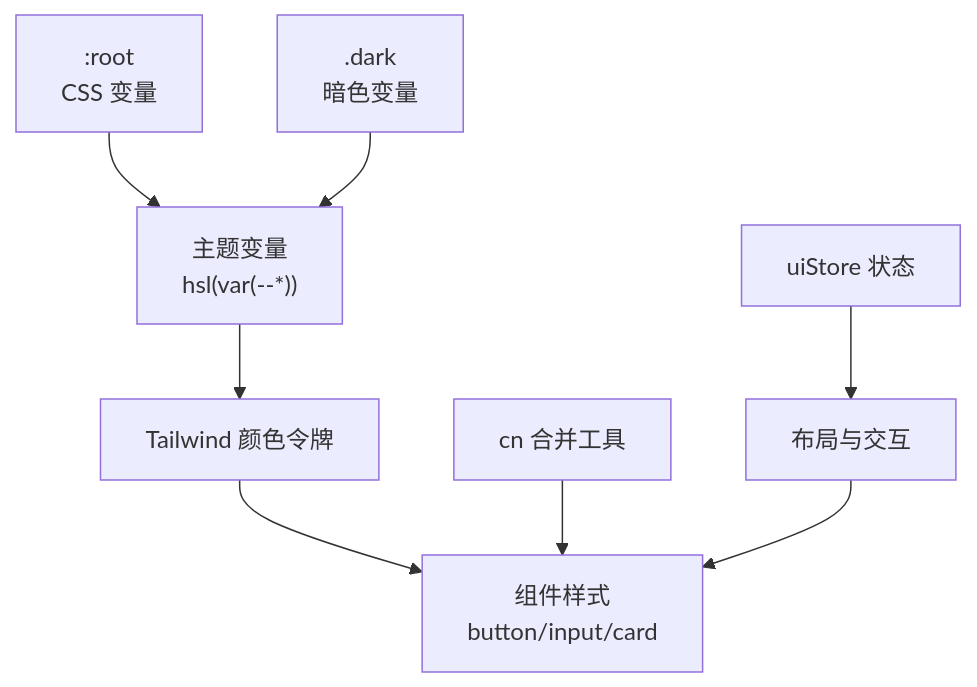
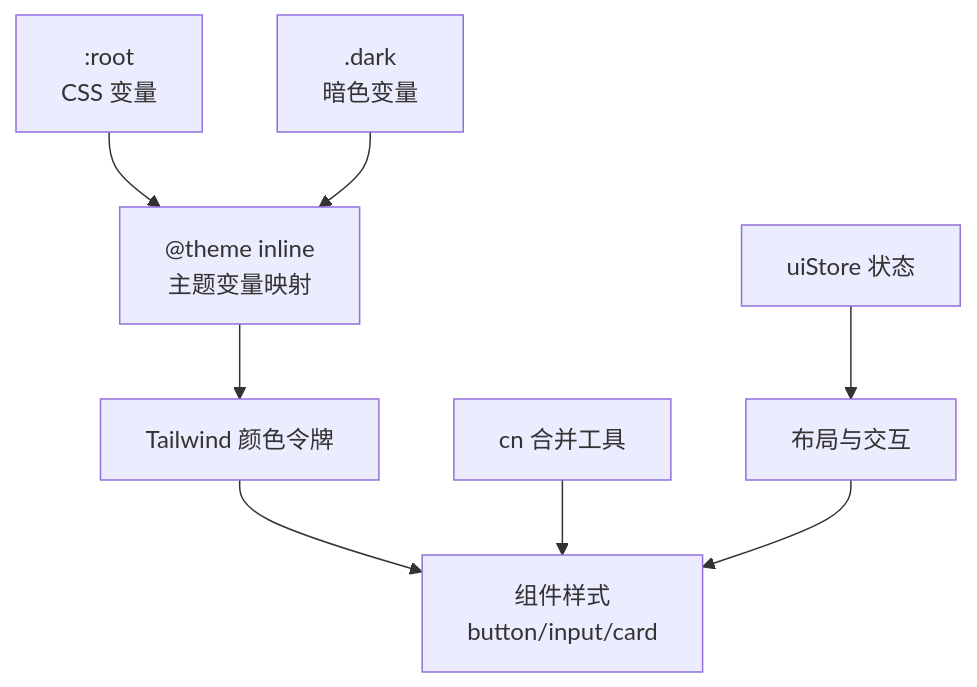
Before and after one commit to gujialind/InvestRing: the second of 3 diagrams in .qoder/repowiki/zh/content/前端应用架构/样式与主题系统.md, drawn with Mermaid. The commit also changed other lines of this file and 39 other files, not shown here.

````diff
--- a/.qoder/repowiki/zh/content/前端应用架构/样式与主题系统.md
+++ b/.qoder/repowiki/zh/content/前端应用架构/样式与主题系统.md
@@ -127,10 +138,10 @@
 ```mermaid
 graph TB
-ROOT[":root<br/>CSS 变量"] --> THEME["主题变量<br/>hsl(var(--*))"]
+ROOT[":root<br/>CSS 变量"] --> THEME["@theme inline<br/>主题变量映射"]
 DARK[".dark<br/>暗色变量"] --> THEME
 THEME --> TWTOKEN["Tailwind 颜色令牌"]
 TWTOKEN --> COMPONENT["组件样式<br/>button/input/card"]
 UTIL["cn 合并工具"] --> COMPONENT
 STORE["uiStore 状态"] --> LAYOUT["布局与交互"]
 LAYOUT --> COMPONENT
 ```
````
